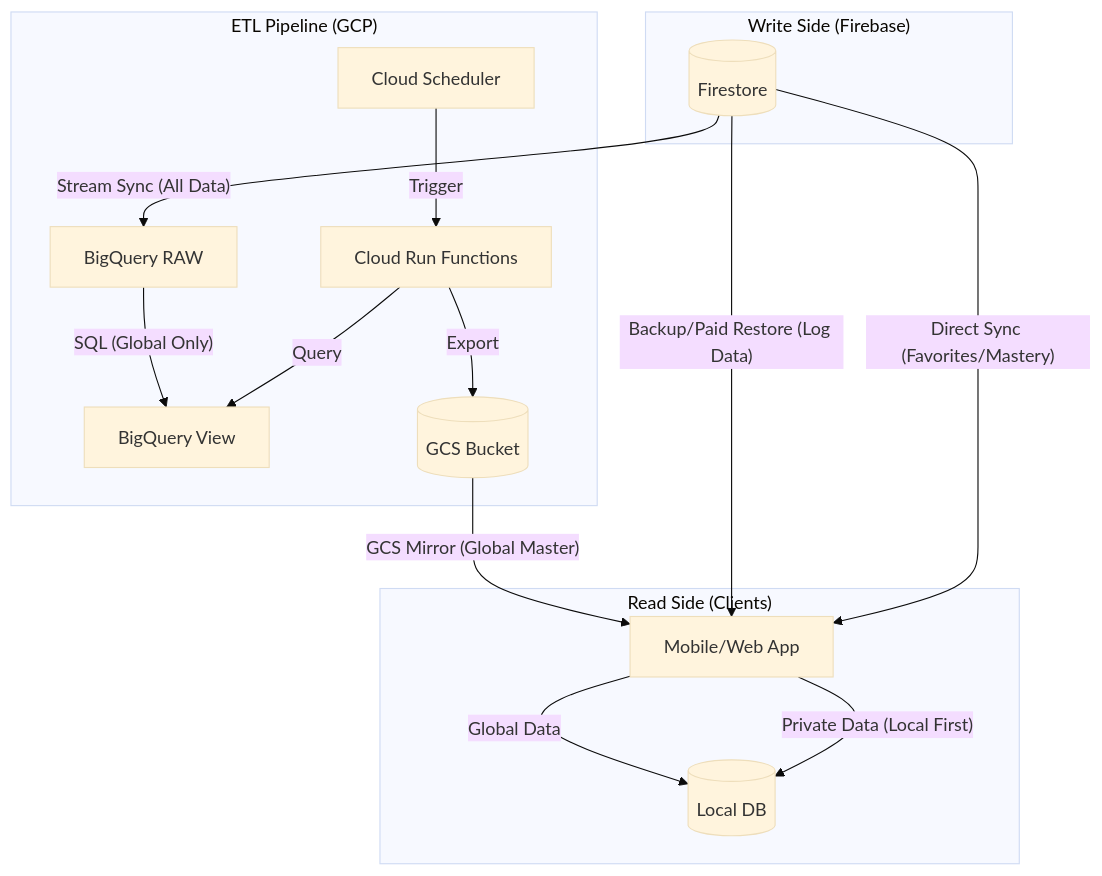
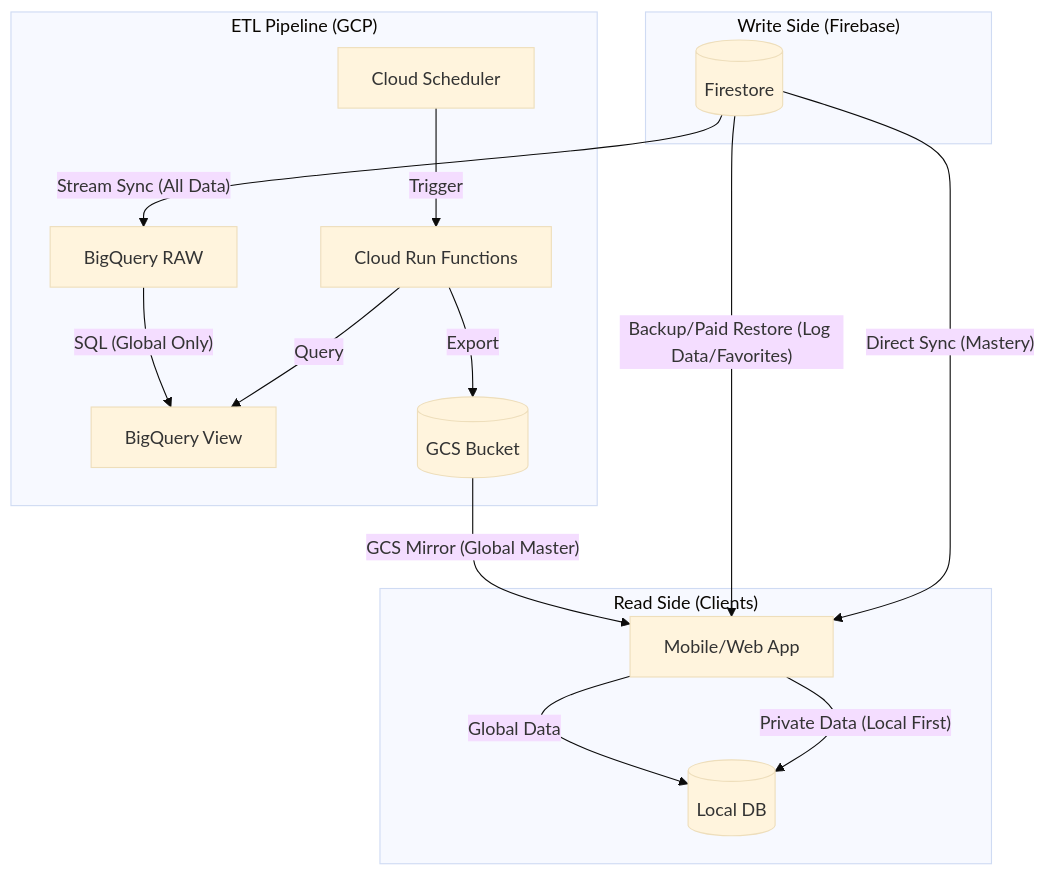
The diagram in .agent/issue-116/01_infrastructure_pipeline.md (cloud-solutions-ttakeuchi/wedive), drawn with Mermaid (base theme) before and after one commit. The commit also changed other lines of this file, not shown here.

Commit message:
設計書更新

````diff
--- a/.agent/issue-116/01_infrastructure_pipeline.md
+++ b/.agent/issue-116/01_infrastructure_pipeline.md
@@ -8,27 +8,27 @@
 ```mermaid
 graph TD
     %% Source
     subgraph "Write Side (Firebase)"
         FS[(Firestore)]
     end
 
     %% ETL Pipeline
     subgraph "ETL Pipeline (GCP)"
         FS -- "Stream Sync (All Data)" --> BQ[BigQuery RAW]
         BQ -- "SQL (Global Only)" --> BQV[BigQuery View]
         
         CS[Cloud Scheduler] -- "Trigger" --> CF[Cloud Run Functions]
         CF -- "Query" --> BQV
         CF -- "Export" --> GCS[(GCS Bucket)]
     end
 
     %% Client Side
     subgraph "Read Side (Clients)"
         GCS -- "GCS Mirror (Global Master)" --> App
-        FS -- "Backup/Paid Restore (Log Data)" --> App
-        FS -- "Direct Sync (Favorites/Mastery)" --> App[Mobile/Web App]
+        FS -- "Backup/Paid Restore (Log Data/Favorites)" --> App
+        FS -- "Direct Sync (Mastery)" --> App[Mobile/Web App]
         
         App -- "Global Data" --> SQLite[(Local DB)]
         App -- "Private Data (Local First)" --> SQLite
     end
 ```
````
